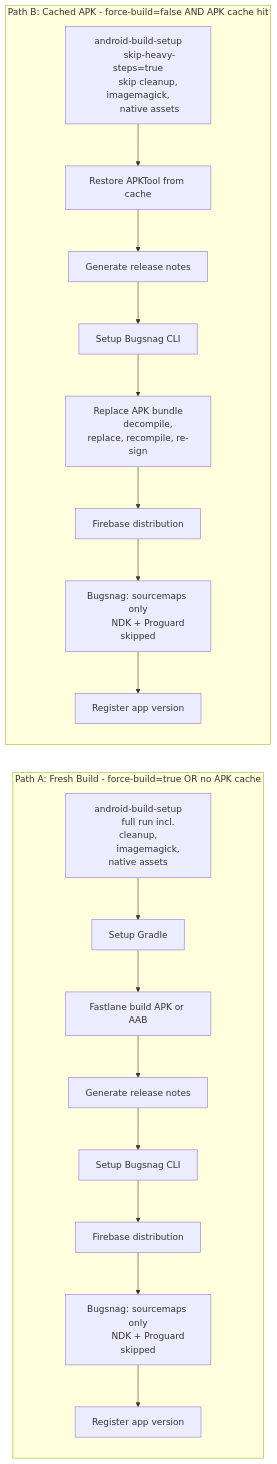
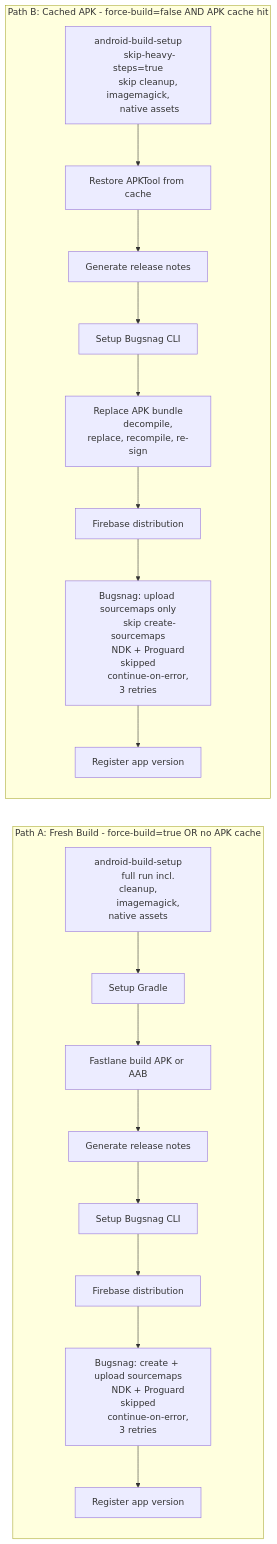
Before and after one commit to AtB-AS/mittatb-app: the fifth of 6 diagrams in docs/android-build-staging-graph.md, drawn with Mermaid. The commit also changed other lines of this file and 2 other files, not shown here.

````diff
--- a/docs/android-build-staging-graph.md
+++ b/docs/android-build-staging-graph.md
@@ -275,32 +279,35 @@
 ```mermaid
 flowchart LR
     subgraph fresh ["Path A: Fresh Build - force-build=true OR no APK cache"]
         direction TB
         f1["android-build-setup
         full run incl. cleanup,
         imagemagick, native assets"] --> f2["Setup Gradle"]
         f2 --> f3["Fastlane build APK or AAB"]
         f3 --> f4["Generate release notes"]
         f4 --> f5["Setup Bugsnag CLI"]
         f5 --> f6["Firebase distribution"]
-        f6 --> f7["Bugsnag: sourcemaps only
-        NDK + Proguard skipped"]
+        f6 --> f7["Bugsnag: create + upload sourcemaps
+        NDK + Proguard skipped
+        continue-on-error, 3 retries"]
         f7 --> f8["Register app version"]
     end
 
     subgraph cached ["Path B: Cached APK - force-build=false AND APK cache hit"]
         direction TB
         c1["android-build-setup
         skip-heavy-steps=true
         skip cleanup, imagemagick,
         native assets"] --> c2["Restore APKTool from cache"]
         c2 --> c3["Generate release notes"]
         c3 --> c4["Setup Bugsnag CLI"]
         c4 --> c5["Replace APK bundle
         decompile, replace, recompile, re-sign"]
         c5 --> c6["Firebase distribution"]
-        c6 --> c7["Bugsnag: sourcemaps only
-        NDK + Proguard skipped"]
+        c6 --> c7["Bugsnag: upload sourcemaps only
+        skip create-sourcemaps
+        NDK + Proguard skipped
+        continue-on-error, 3 retries"]
         c7 --> c8["Register app version"]
     end
 ```
````
